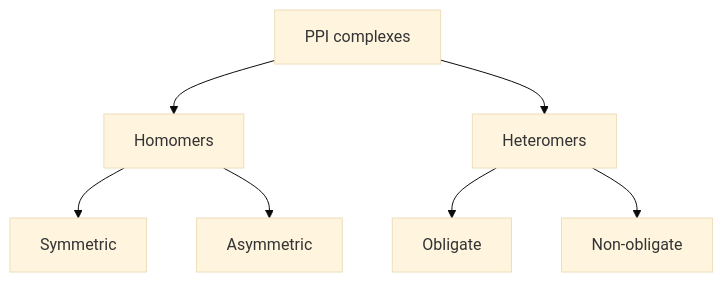
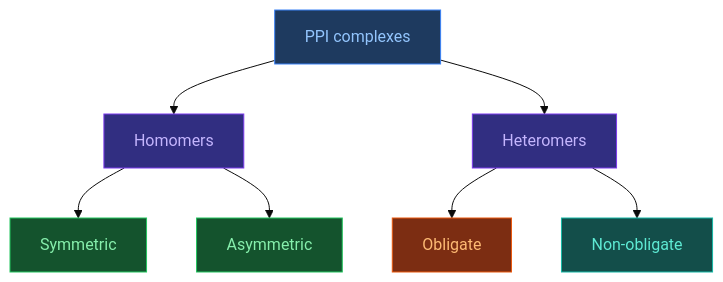
Before and after one commit to OlehVolkov/AlphaFold3-AIGen-KnowledgeBase: the second of 2 diagrams in EN/2. Concepts/2.1. Biology/2.1.2. Protein-Protein Interactions.md, drawn with Mermaid (base theme). The commit also changed other lines of this file and 11 other files, not shown here.

````diff
--- a/EN/2. Concepts/2.1. Biology/2.1.2. Protein-Protein Interactions.md
+++ b/EN/2. Concepts/2.1. Biology/2.1.2. Protein-Protein Interactions.md
@@ -48,9 +48,16 @@
 ```mermaid
 flowchart TD
-    PPI[PPI complexes] --> HOM[Homomers]
-    PPI --> HET[Heteromers]
-    HOM --> SYM[Symmetric]
-    HOM --> ASYM[Asymmetric]
-    HET --> OBL[Obligate]
-    HET --> NON[Non-obligate]
+    PPI[PPI complexes]:::input --> HOM[Homomers]:::trunk
+    PPI --> HET[Heteromers]:::trunk
+    HOM --> SYM[Symmetric]:::diffusion
+    HOM --> ASYM[Asymmetric]:::diffusion
+    HET --> OBL[Obligate]:::confidence
+    HET --> NON[Non-obligate]:::output
+
+    classDef input fill:#1e3a5f,stroke:#3b82f6,color:#93c5fd
+    classDef trunk fill:#312e81,stroke:#7c3aed,color:#c4b5fd
+    classDef diffusion fill:#14532d,stroke:#22c55e,color:#86efac
+    classDef confidence fill:#7c2d12,stroke:#ea580c,color:#fdba74
+    classDef output fill:#134e4a,stroke:#14b8a6,color:#5eead4
+    classDef neutral fill:#1e293b,stroke:#475569,color:#94a3b8
 ```
````
